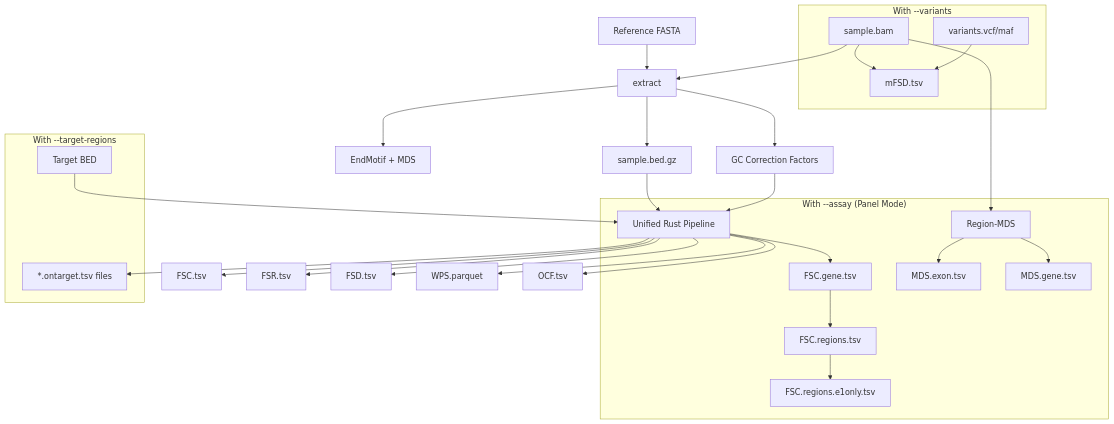
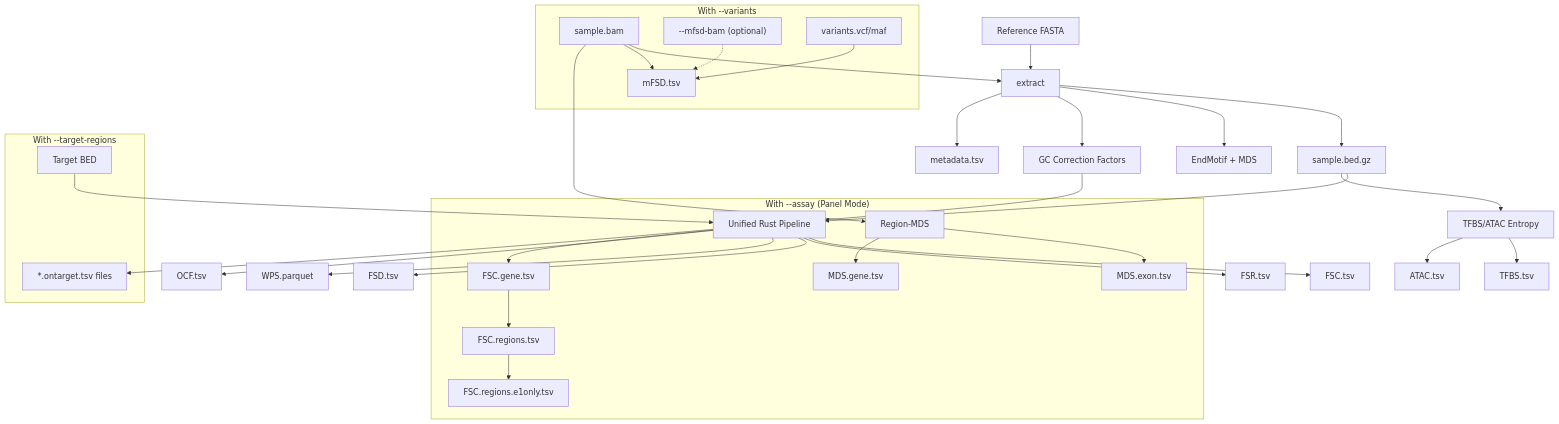
One commit to msk-access/krewlyzer changed the first of 35 diagrams in krewlyzer_all_docs.md. Above: the diagram before and after it, drawn with Mermaid. The commit also changed other lines of this file and 4 other files, not shown here.

````diff
--- a/krewlyzer_all_docs.md
+++ b/krewlyzer_all_docs.md
@@ -72,37 +75,44 @@
 ```mermaid
 flowchart TB
     BAM["sample.bam"] --> EXTRACT["extract"]
     REF["Reference FASTA"] --> EXTRACT
     
     EXTRACT --> BED["sample.bed.gz"]
     EXTRACT --> MOTIF["EndMotif + MDS"]
     EXTRACT --> GC["GC Correction Factors"]
     
     BED --> PIPELINE["Unified Rust Pipeline"]
     GC --> PIPELINE
     
     PIPELINE --> FSC["FSC.tsv"]
     PIPELINE --> FSR["FSR.tsv"]
     PIPELINE --> FSD["FSD.tsv"]
     PIPELINE --> WPS["WPS.parquet"]
     PIPELINE --> OCF["OCF.tsv"]
     
+    BED --> ENTROPY["TFBS/ATAC Entropy"]
+    ENTROPY --> TFBS["TFBS.tsv"]
+    ENTROPY --> ATAC["ATAC.tsv"]
+    
+    EXTRACT --> META["metadata.tsv"]
+    
     subgraph "With --variants"
         BAM --> MFSD["mFSD.tsv"]
+        MFSD_BAM["--mfsd-bam (optional)"] -.-> MFSD
         VCF["variants.vcf/maf"] --> MFSD
     end
     
     subgraph "With --assay (Panel Mode)"
         PIPELINE --> FSCG["FSC.gene.tsv"]
         FSCG --> FSCR["FSC.regions.tsv"]
         FSCR --> E1["FSC.regions.e1only.tsv"]
         BAM --> RMDS["Region-MDS"]
         RMDS --> MDSE["MDS.exon.tsv"]
         RMDS --> MDSG["MDS.gene.tsv"]
     end
     
     subgraph "With --target-regions"
         TARGETS["Target BED"] --> PIPELINE
         PIPELINE --> ON["*.ontarget.tsv files"]
     end
 ```
````
